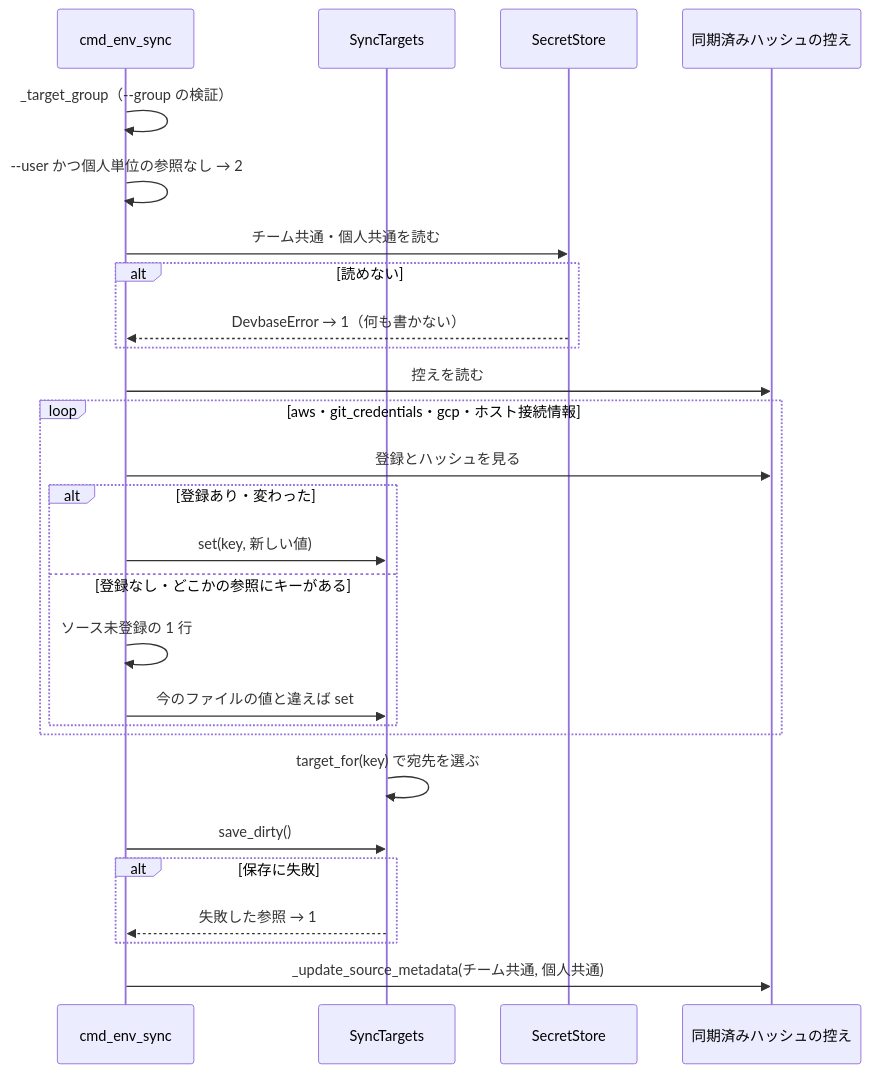
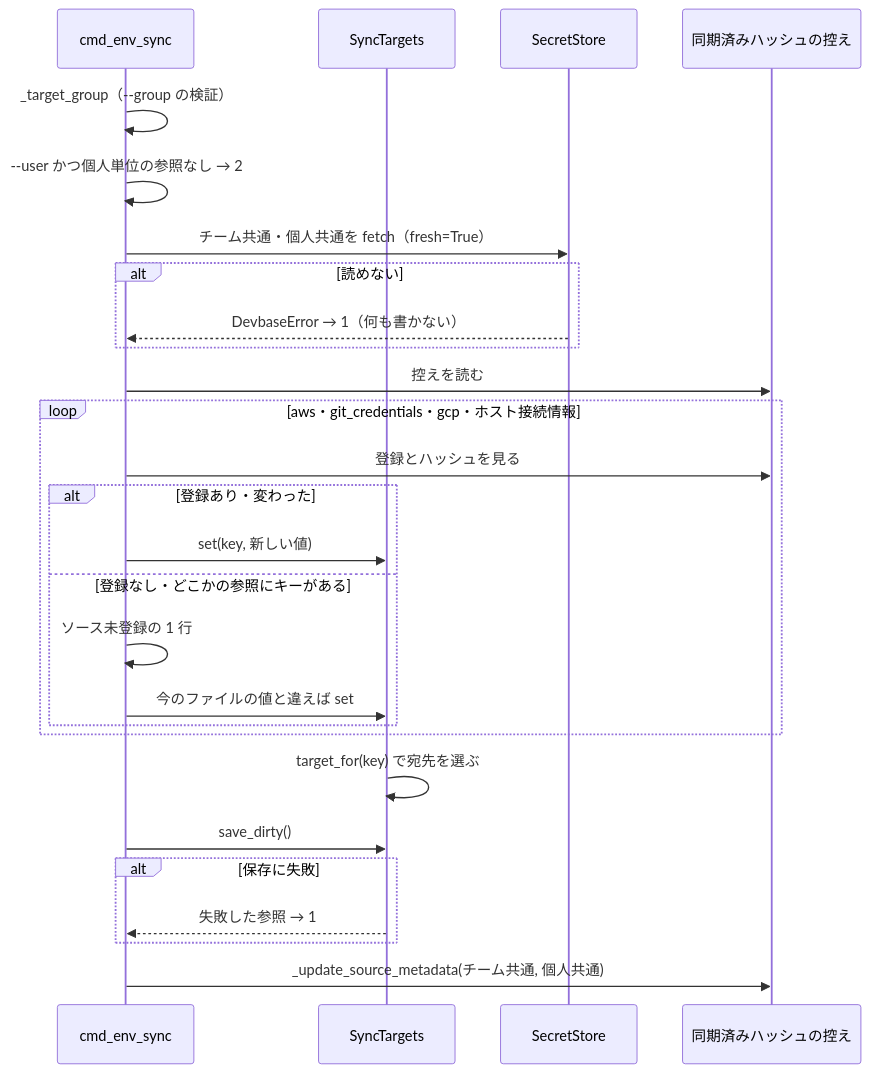
One commit to devbasex/devbase changed the sixth of 6 diagrams in issues/issue-273-design.md. Above: the diagram before and after it, drawn with Mermaid. The commit also changed other lines of this file and 3 other files, not shown here.

````diff
--- a/issues/issue-273-design.md
+++ b/issues/issue-273-design.md
@@ -426,29 +429,29 @@
 ```mermaid
 sequenceDiagram
     participant C as cmd_env_sync
     participant T as SyncTargets
     participant S as SecretStore
     participant M as 同期済みハッシュの控え
     C->>C: _target_group（--group の検証）
     C->>C: --user かつ個人単位の参照なし → 2
-    C->>S: チーム共通・個人共通を読む
+    C->>S: チーム共通・個人共通を fetch（fresh=True）
     alt 読めない
         S-->>C: DevbaseError → 1（何も書かない）
     end
     C->>M: 控えを読む
     loop aws・git_credentials・gcp・ホスト接続情報
         C->>M: 登録とハッシュを見る
         alt 登録あり・変わった
             C->>T: set(key, 新しい値)
         else 登録なし・どこかの参照にキーがある
             C->>C: ソース未登録の 1 行
             C->>T: 今のファイルの値と違えば set
         end
     end
     T->>T: target_for(key) で宛先を選ぶ
     C->>T: save_dirty()
     alt 保存に失敗
         T-->>C: 失敗した参照 → 1
     end
     C->>M: _update_source_metadata(チーム共通, 個人共通)
 ```
````
